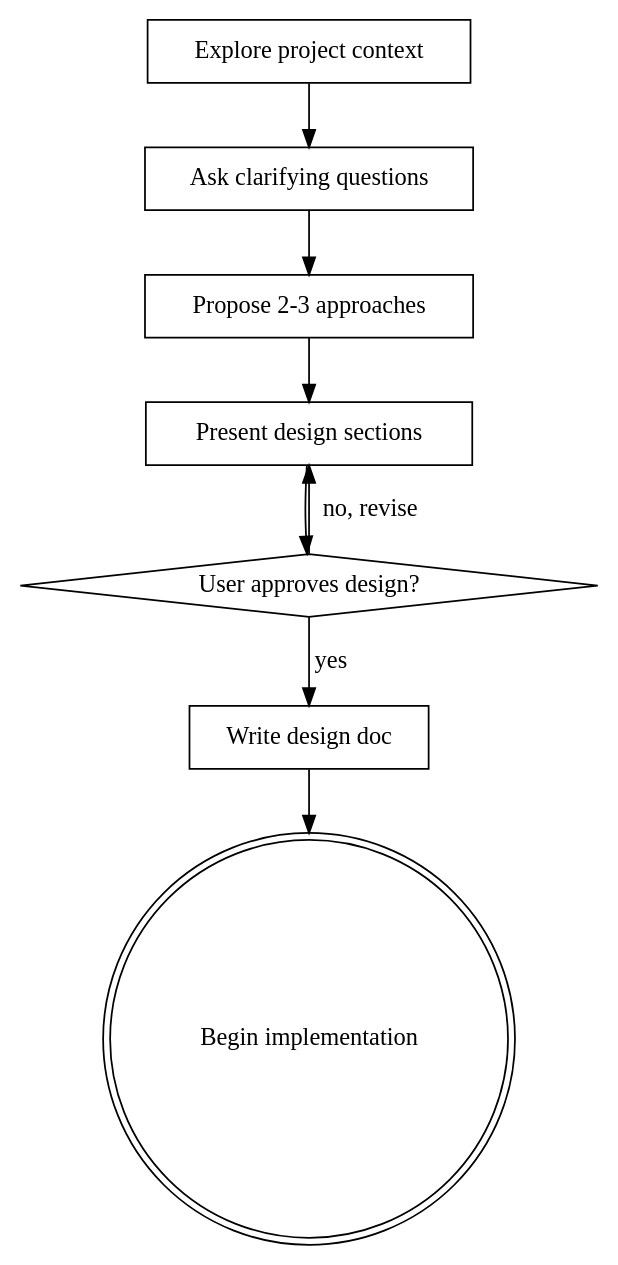
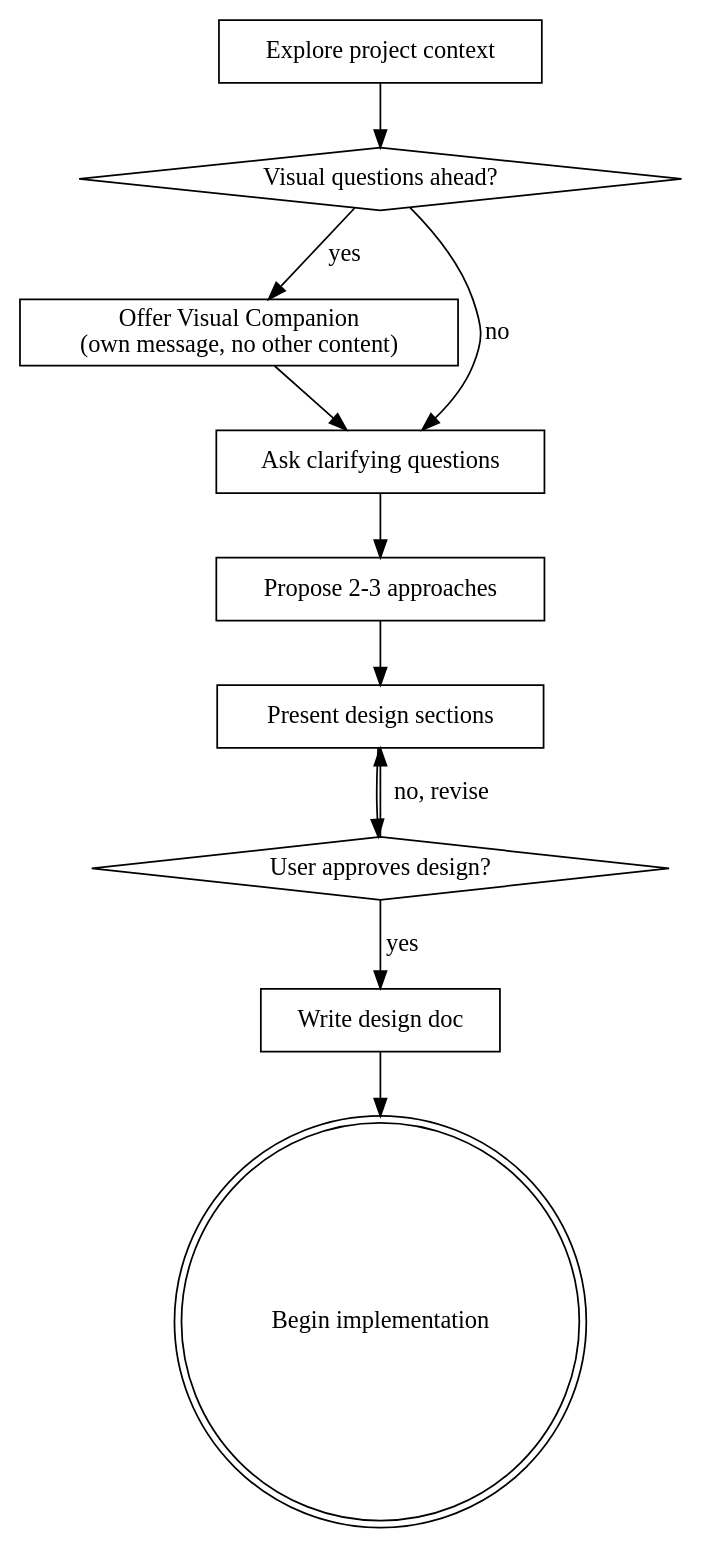
Before and after one commit to hktonylee/superpowers: the diagram in skills/brainstorming/SKILL.md, drawn with Graphviz. The commit also changed other lines of this file and 1 other file, not shown here.

First line of the commit message:
Add visual companion integration to brainstorming skill

````diff
--- a/skills/brainstorming/SKILL.md
+++ b/skills/brainstorming/SKILL.md
@@ -35,19 +34,24 @@
 ```dot
 digraph brainstorming {
     "Explore project context" [shape=box];
+    "Visual questions ahead?" [shape=diamond];
+    "Offer Visual Companion\n(own message, no other content)" [shape=box];
     "Ask clarifying questions" [shape=box];
     "Propose 2-3 approaches" [shape=box];
     "Present design sections" [shape=box];
     "User approves design?" [shape=diamond];
     "Write design doc" [shape=box];
     "Begin implementation" [shape=doublecircle];
 
-    "Explore project context" -> "Ask clarifying questions";
+    "Explore project context" -> "Visual questions ahead?";
+    "Visual questions ahead?" -> "Offer Visual Companion\n(own message, no other content)" [label="yes"];
+    "Visual questions ahead?" -> "Ask clarifying questions" [label="no"];
+    "Offer Visual Companion\n(own message, no other content)" -> "Ask clarifying questions";
     "Ask clarifying questions" -> "Propose 2-3 approaches";
     "Propose 2-3 approaches" -> "Present design sections";
     "Present design sections" -> "User approves design?";
     "User approves design?" -> "Present design sections" [label="no, revise"];
     "User approves design?" -> "Write design doc" [label="yes"];
     "Write design doc" -> "Begin implementation";
 }
 ```
````
